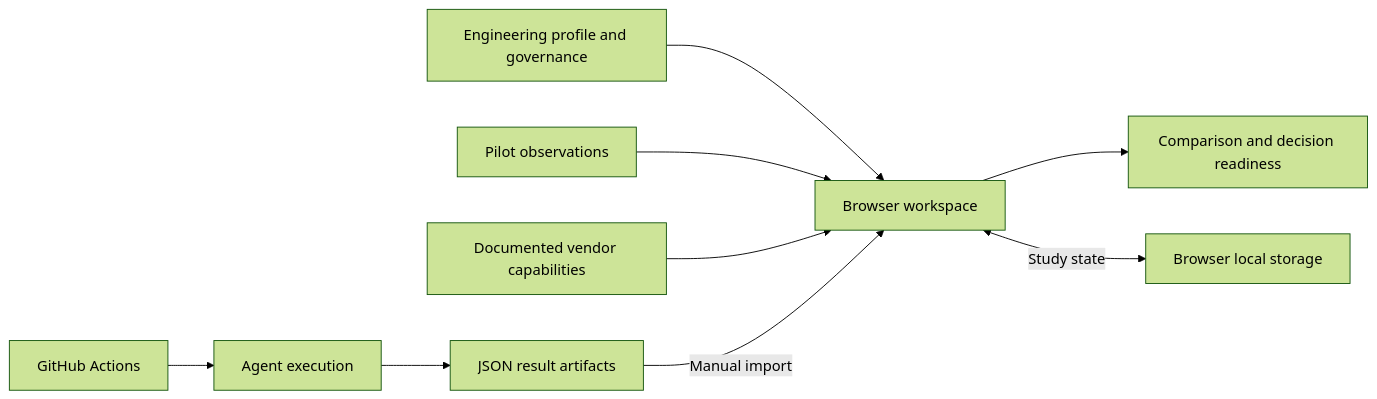
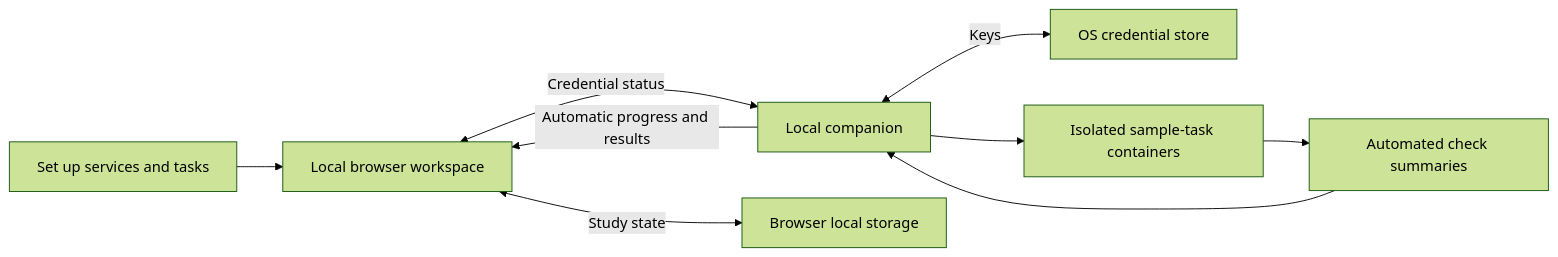
The diagram in README.md (PouyanJay/basis), drawn with Mermaid (forest theme) before and after one commit. The commit also changed other lines of this file and 19 other files, not shown here.

Commit message:
Replace GitHub execution setup with local credentials and isolated runs

````diff
--- a/README.md
+++ b/README.md
@@ -129,11 +118,11 @@
 ```mermaid
 flowchart LR
-    Profile[Engineering profile and governance] --> App[Browser workspace]
-    Pilot[Pilot observations] --> App
-    Sources[Documented vendor capabilities] --> App
-    Actions[GitHub Actions] --> Agents[Agent execution]
-    Agents --> Reports[JSON result artifacts]
-    Reports -->|Manual import| App
-    App --> Decision[Comparison and decision readiness]
+    Setup[Set up services and tasks] --> App[Local browser workspace]
+    App <-->|Credential status| Companion[Local companion]
+    Companion <-->|Keys| Vault[OS credential store]
+    Companion --> Containers[Isolated sample-task containers]
+    Containers --> Reports[Automated check summaries]
+    Reports --> Companion
+    Companion -->|Automatic progress and results| App
     App <-->|Study state| Storage[Browser local storage]
 ```
````
